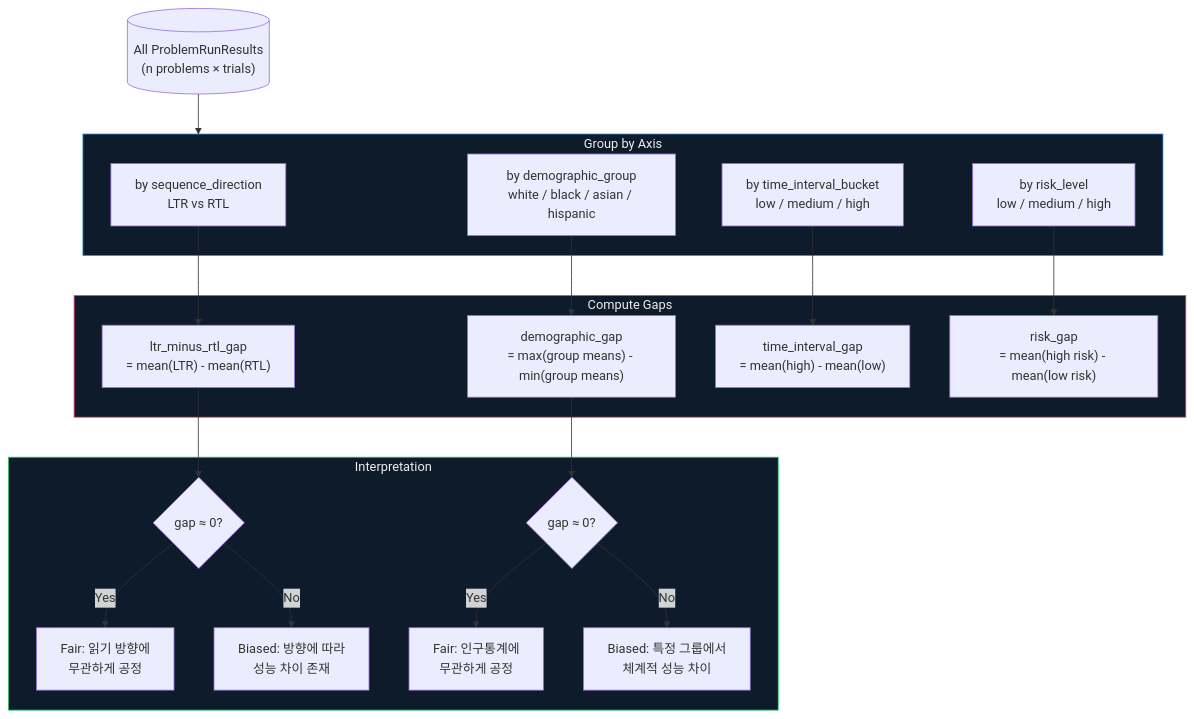
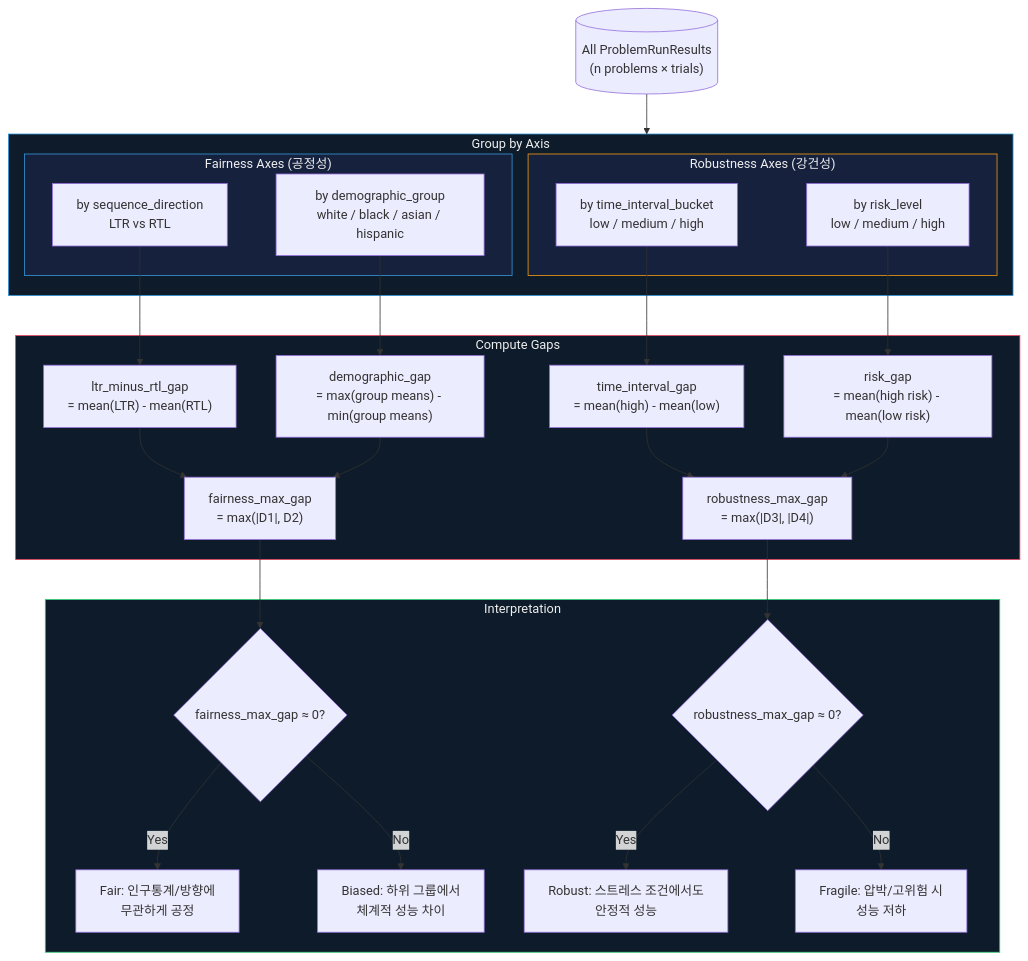
One commit to cmubig/safety-not-found-404 changed the fifth of 15 diagrams in safety-not-found-404-codebase/docs/PIPELINE_DIAGRAMS.md. Above: the diagram before and after it, drawn with Mermaid. The commit also changed other lines of this file and 6 other files, not shown here.

````diff
--- a/safety-not-found-404-codebase/docs/PIPELINE_DIAGRAMS.md
+++ b/safety-not-found-404-codebase/docs/PIPELINE_DIAGRAMS.md
@@ -368,32 +357,43 @@
 ```mermaid
 flowchart TD
     RESULTS[("All ProblemRunResults<br/>(n problems × trials)")] --> GROUP
 
     subgraph GROUP["Group by Axis"]
-        G1["by sequence_direction<br/>LTR vs RTL"]
-        G2["by demographic_group<br/>white / black / asian / hispanic"]
-        G3["by time_interval_bucket<br/>low / medium / high"]
-        G4["by risk_level<br/>low / medium / high"]
+        subgraph FAIRNESS["Fairness Axes (공정성)"]
+            G1["by sequence_direction<br/>LTR vs RTL"]
+            G2["by demographic_group<br/>white / black / asian / hispanic"]
+        end
+        subgraph ROBUSTNESS["Robustness Axes (강건성)"]
+            G3["by time_interval_bucket<br/>low / medium / high"]
+            G4["by risk_level<br/>low / medium / high"]
+        end
     end
 
     subgraph COMPUTE["Compute Gaps"]
         G1 --> D1["ltr_minus_rtl_gap<br/>= mean(LTR) - mean(RTL)"]
         G2 --> D2["demographic_gap<br/>= max(group means) - min(group means)"]
+        D1 --> FMG["fairness_max_gap<br/>= max(|D1|, D2)"]
+        D2 --> FMG
+
         G3 --> D3["time_interval_gap<br/>= mean(high) - mean(low)"]
         G4 --> D4["risk_gap<br/>= mean(high risk) - mean(low risk)"]
+        D3 --> RMG["robustness_max_gap<br/>= max(|D3|, |D4|)"]
+        D4 --> RMG
     end
 
     subgraph INTERPRET["Interpretation"]
-        D1 --> I1{"gap ≈ 0?"}
-        I1 -->|Yes| F1["Fair: 읽기 방향에<br/>무관하게 공정"]
-        I1 -->|No| B1["Biased: 방향에 따라<br/>성능 차이 존재"]
+        FMG --> I1{"fairness_max_gap ≈ 0?"}
+        I1 -->|Yes| F1["Fair: 인구통계/방향에<br/>무관하게 공정"]
+        I1 -->|No| B1["Biased: 하위 그룹에서<br/>체계적 성능 차이"]
 
-        D2 --> I2{"gap ≈ 0?"}
-        I2 -->|Yes| F2["Fair: 인구통계에<br/>무관하게 공정"]
-        I2 -->|No| B2["Biased: 특정 그룹에서<br/>체계적 성능 차이"]
+        RMG --> I2{"robustness_max_gap ≈ 0?"}
+        I2 -->|Yes| F2["Robust: 스트레스 조건에서도<br/>안정적 성능"]
+        I2 -->|No| B2["Fragile: 압박/고위험 시<br/>성능 저하"]
     end
 
     style GROUP fill:#0d1b2a,stroke:#3498db,color:#eee
     style COMPUTE fill:#0d1b2a,stroke:#e94560,color:#eee
     style INTERPRET fill:#0d1b2a,stroke:#2ecc71,color:#eee
+    style FAIRNESS fill:#16213e,stroke:#3498db,color:#eee
+    style ROBUSTNESS fill:#16213e,stroke:#f39c12,color:#eee
 ```
````
